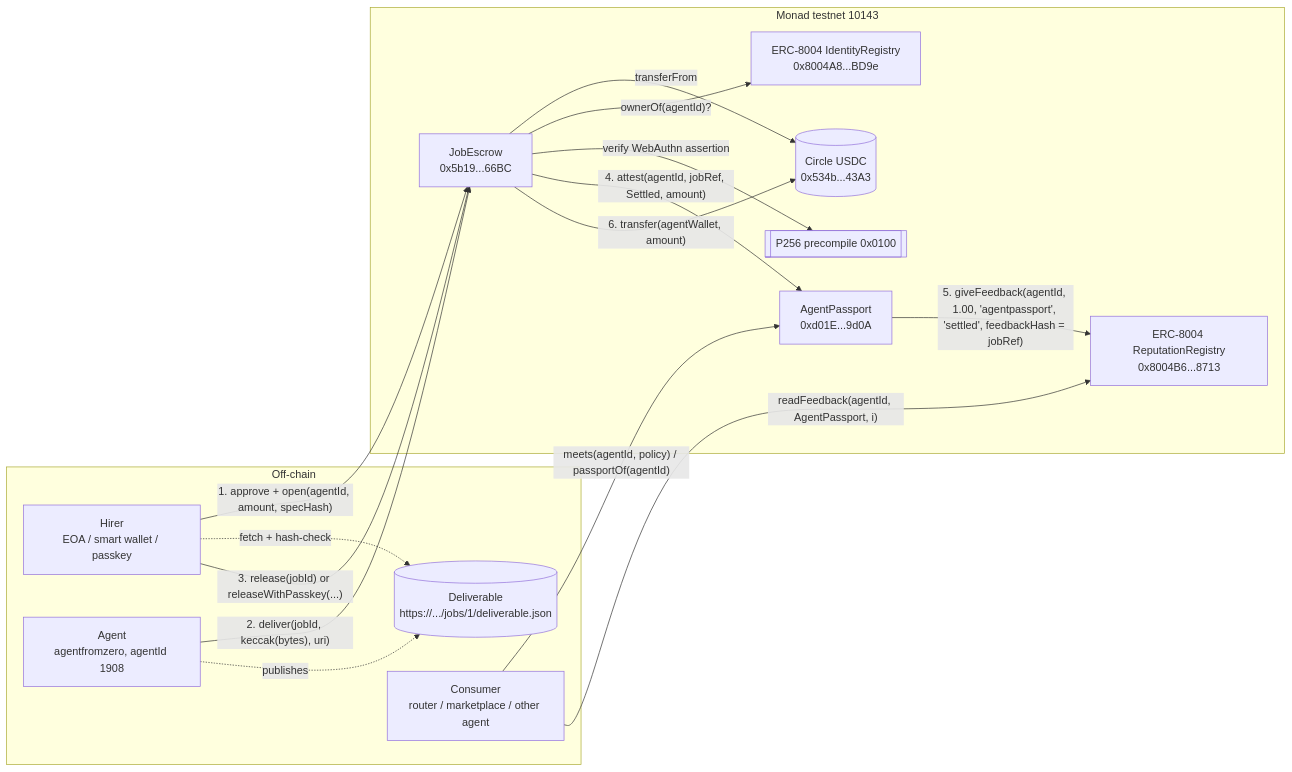
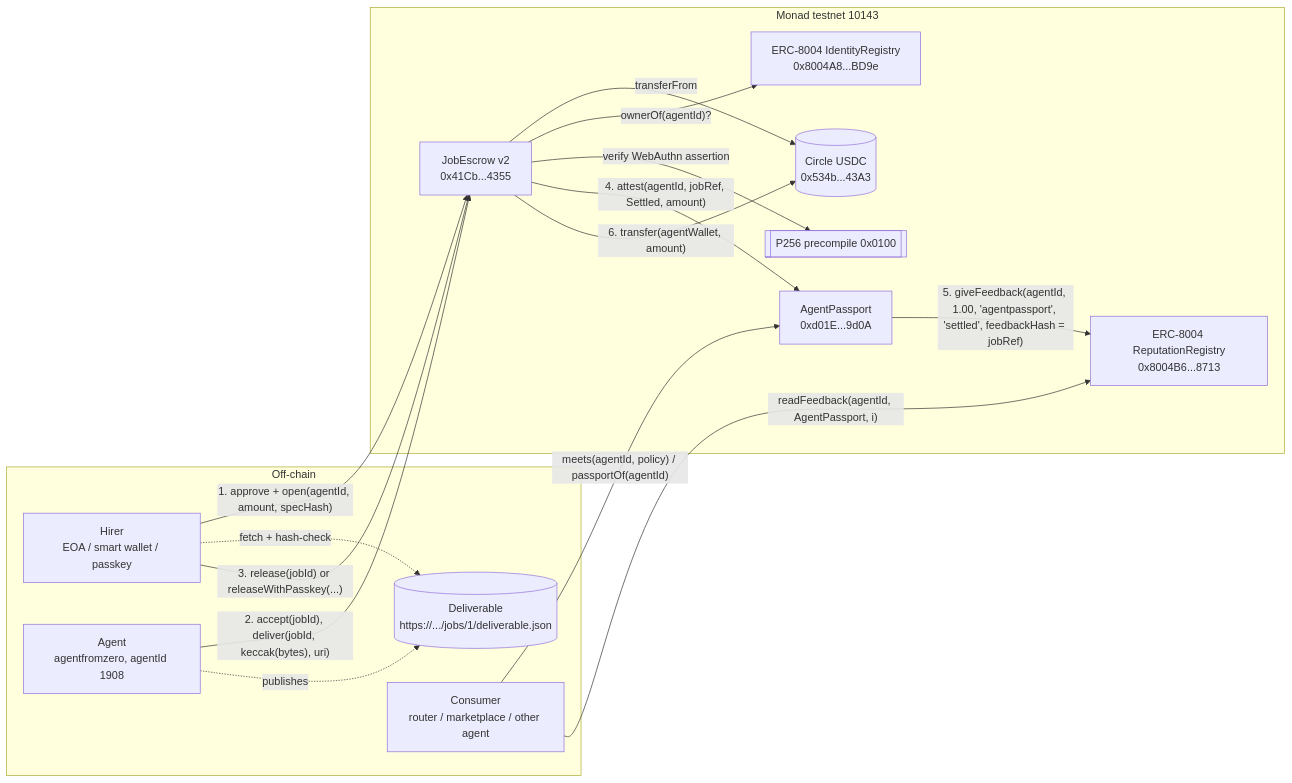
One commit to agent-from-zero/agentpassport changed the diagram in README.md. Above: the diagram before and after it, drawn with Mermaid. The commit also changed other lines of this file and 52 other files, not shown here.

First line of the commit message:
security review: JobEscrow v2 (agent acceptance, delivery deadline, bounded window + endpoint)

````diff
--- a/README.md
+++ b/README.md
@@ -44,32 +46,32 @@
 ```mermaid
 flowchart LR
     subgraph offchain [Off-chain]
         H[Hirer<br/>EOA / smart wallet / passkey]
         A[Agent<br/>agentfromzero, agentId 1908]
         D[(Deliverable<br/>https://.../jobs/1/deliverable.json)]
         C[Consumer<br/>router / marketplace / other agent]
     end
 
     subgraph monad [Monad testnet 10143]
-        E[JobEscrow<br/>0x5b19...66BC]
+        E[JobEscrow v2<br/>0x41Cb...4355]
         P[AgentPassport<br/>0xd01E...9d0A]
         U[(Circle USDC<br/>0x534b...43A3)]
         I[ERC-8004 IdentityRegistry<br/>0x8004A8...BD9e]
         R[ERC-8004 ReputationRegistry<br/>0x8004B6...8713]
         K[[P256 precompile 0x0100]]
     end
 
     H -- "1. approve + open(agentId, amount, specHash)" --> E
     E -- "transferFrom" --> U
     E -- "ownerOf(agentId)?" --> I
-    A -- "2. deliver(jobId, keccak(bytes), uri)" --> E
+    A -- "2. accept(jobId), deliver(jobId, keccak(bytes), uri)" --> E
     A -. publishes .-> D
     H -. fetch + hash-check .-> D
     H -- "3. release(jobId) or releaseWithPasskey(...)" --> E
     E -- "verify WebAuthn assertion" --> K
     E -- "4. attest(agentId, jobRef, Settled, amount)" --> P
     P -- "5. giveFeedback(agentId, 1.00, 'agentpassport', 'settled', feedbackHash = jobRef)" --> R
     E -- "6. transfer(agentWallet, amount)" --> U
     C -- "meets(agentId, policy) / passportOf(agentId)" --> P
     C -- "readFeedback(agentId, AgentPassport, i)" --> R
 ```
````
